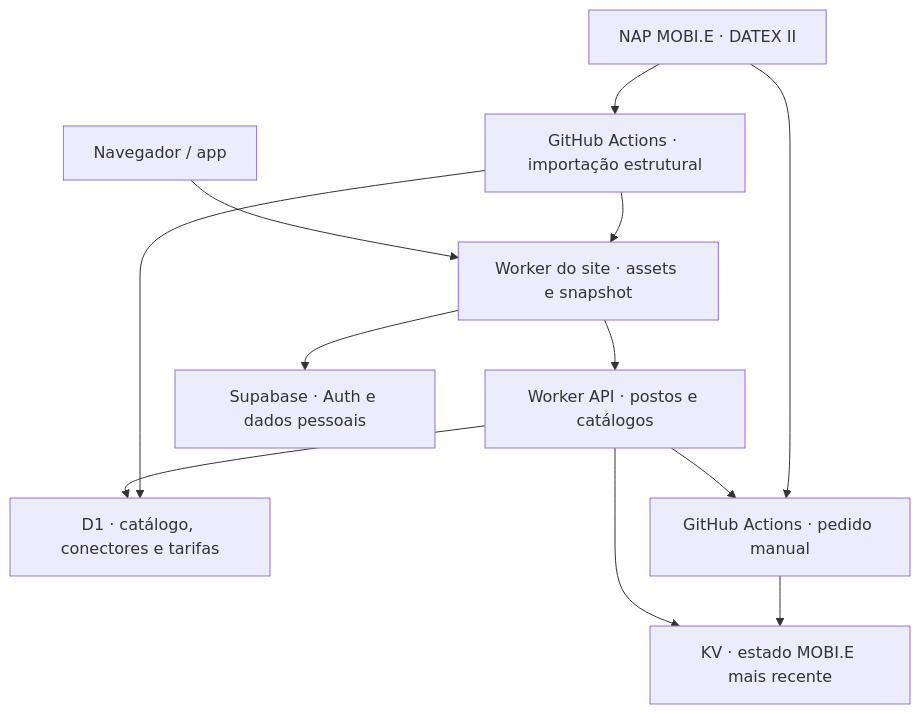
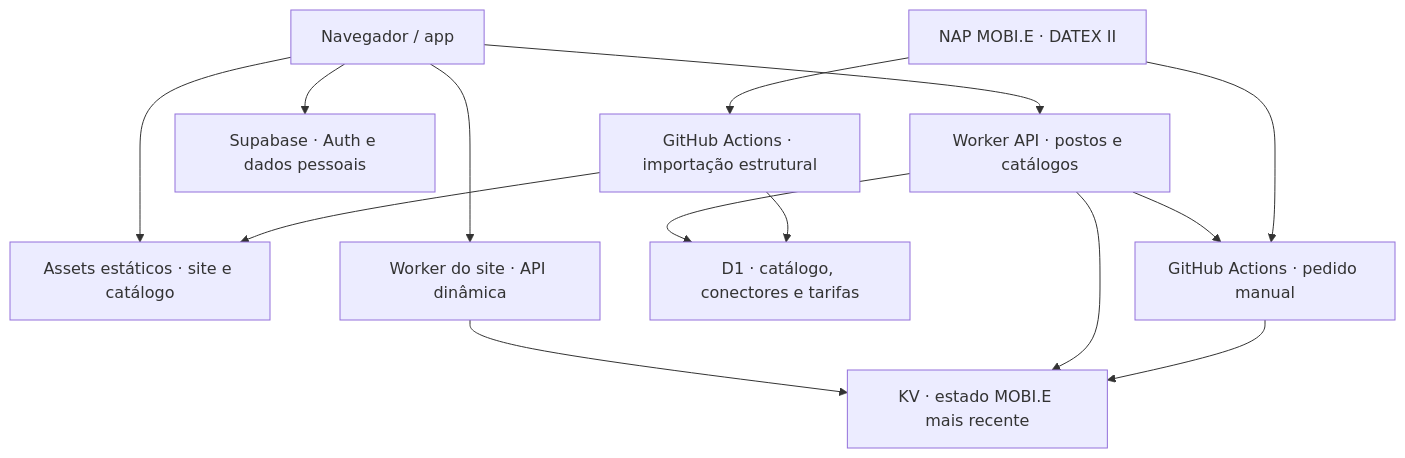
One commit to ferreira-diogo/ev-chargers-portugal changed the diagram in ev-charge-portugal-github-ready/docs/architecture-and-connections.md. Above: the diagram before and after it, drawn with Mermaid. The commit also changed other lines of this file and 15 other files, not shown here.

````diff
--- a/ev-charge-portugal-github-ready/docs/architecture-and-connections.md
+++ b/ev-charge-portugal-github-ready/docs/architecture-and-connections.md
@@ -5,14 +5,17 @@
 ```mermaid
 flowchart TD
-    U["Navegador / app"] --> P["Worker do site · assets e snapshot"]
-    P --> A["Worker API · postos e catálogos"]
-    P --> S["Supabase · Auth e dados pessoais"]
+    U["Navegador / app"] --> P["Assets estáticos · site e catálogo"]
+    U --> A
+    U --> W["Worker do site · API dinâmica"]
+    W --> K
+    A["Worker API · postos e catálogos"]
+    U --> S["Supabase · Auth e dados pessoais"]
     A --> D["D1 · catálogo, conectores e tarifas"]
     A --> K["KV · estado MOBI.E mais recente"]
     A --> G["GitHub Actions · pedido manual"]
     M["NAP MOBI.E · DATEX II"] --> G
     G --> K
     M --> I["GitHub Actions · importação estrutural"]
     I --> D
     I --> P
 ```
````
